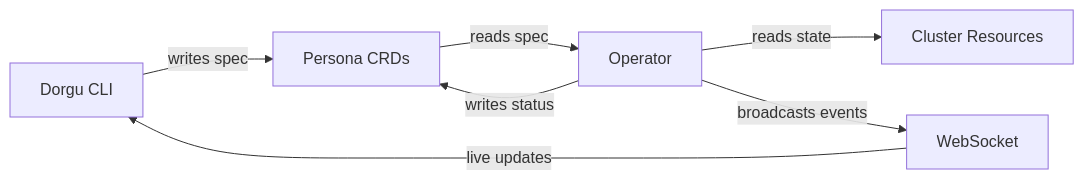
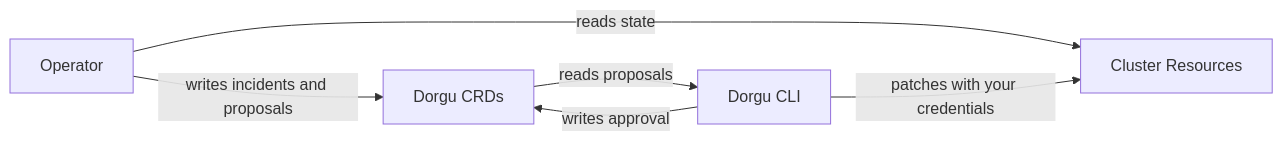
One commit to dorgu-ai/docs changed the diagram in operator/index.mdx. Above: the diagram before and after it, drawn with Mermaid. The commit also changed other lines of this file and 12 other files, not shown here.

````diff
--- a/operator/index.mdx
+++ b/operator/index.mdx
@@ -40,9 +34,8 @@
 ```mermaid
 flowchart LR
-    CLI["Dorgu CLI"] -->|writes spec| CRD["Persona CRDs"]
-    CRD -->|reads spec| Op["Operator"]
-    Op -->|reads state| K8s["Cluster Resources"]
-    Op -->|writes status| CRD
-    Op -->|broadcasts events| WS["WebSocket"]
-    WS -->|live updates| CLI
+    Op["Operator"] -->|reads state| K8s["Cluster Resources"]
+    Op -->|writes incidents and proposals| CRD["Dorgu CRDs"]
+    CRD -->|reads proposals| CLI["Dorgu CLI"]
+    CLI -->|writes approval| CRD
+    CLI -->|patches with your credentials| K8s
 ```
````
